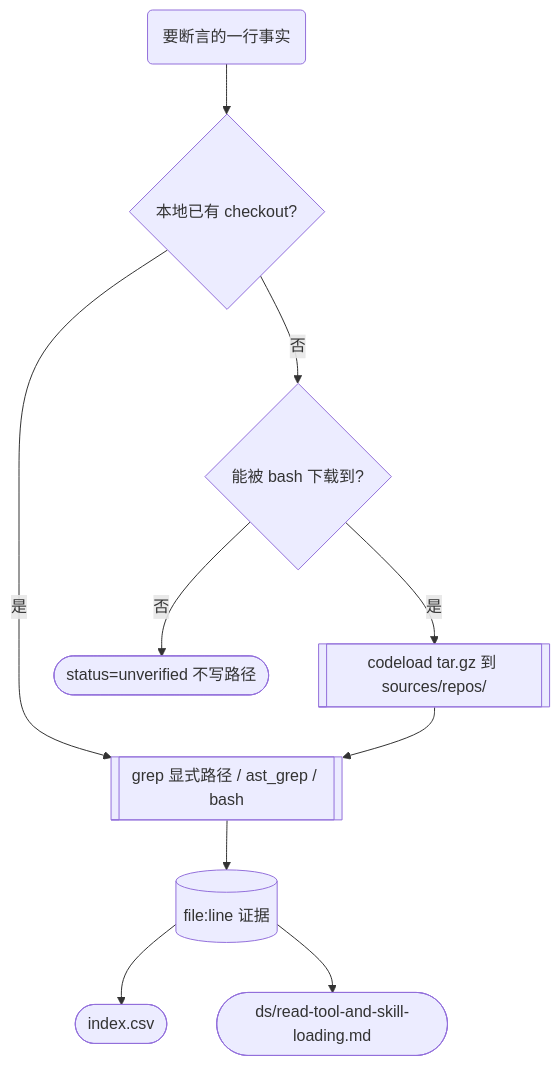
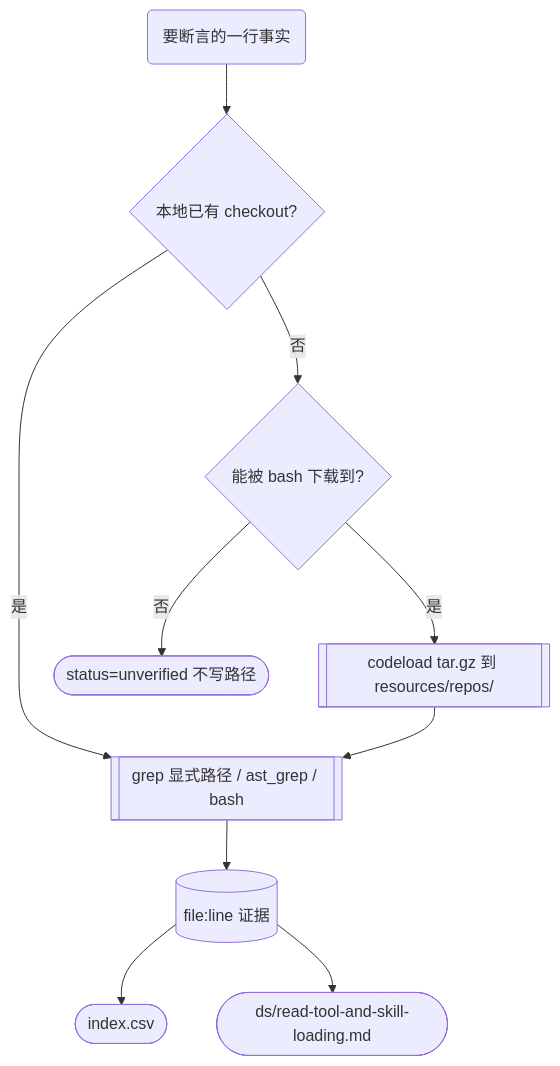
The first of 2 diagrams in domain/repo-context/04how-agent-read-file/ds/read-tool-and-skill-loading.md (midumedo/medo-agent-research), drawn with Mermaid before and after one commit. The commit also changed other lines of this file and 192 other files, not shown here.

First line of the commit message:
refactor: rename sources/ → resources/ 并修复全仓引用

````diff
--- a/domain/repo-context/04how-agent-read-file/ds/read-tool-and-skill-loading.md
+++ b/domain/repo-context/04how-agent-read-file/ds/read-tool-and-skill-loading.md
@@ -18,11 +18,11 @@
 ```mermaid
 flowchart TD
     Q(要断言的一行事实) --> C1{本地已有 checkout?}
     C1 -->|是| G[[grep 显式路径 / ast_grep / bash]]
     C1 -->|否| C2{能被 bash 下载到?}
-    C2 -->|是| DL[[codeload tar.gz 到 sources/repos/]] --> G
+    C2 -->|是| DL[[codeload tar.gz 到 resources/repos/]] --> G
     C2 -->|否| U([status=unverified 不写路径])
     G --> EV[(file:line 证据)]
     EV --> IDX([index.csv])
     EV --> DOC([ds/read-tool-and-skill-loading.md])
 ```
````
